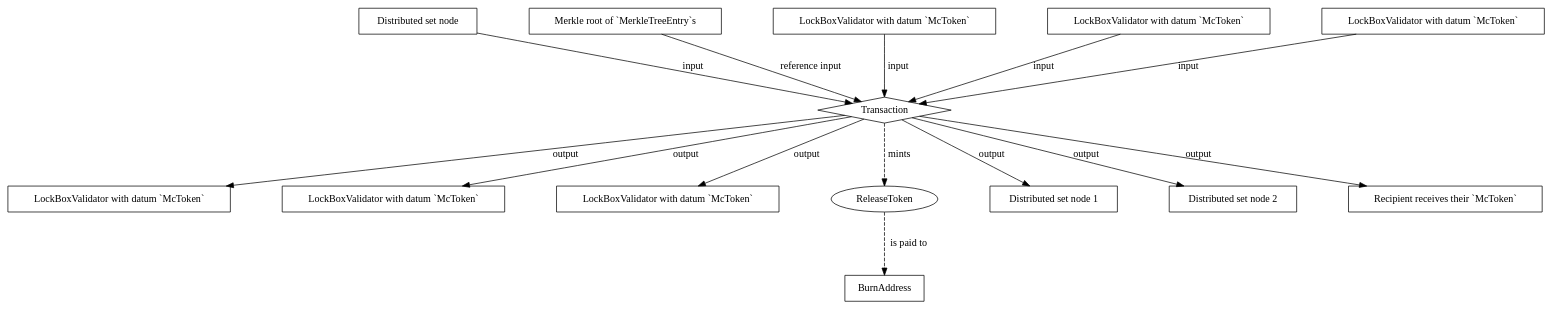
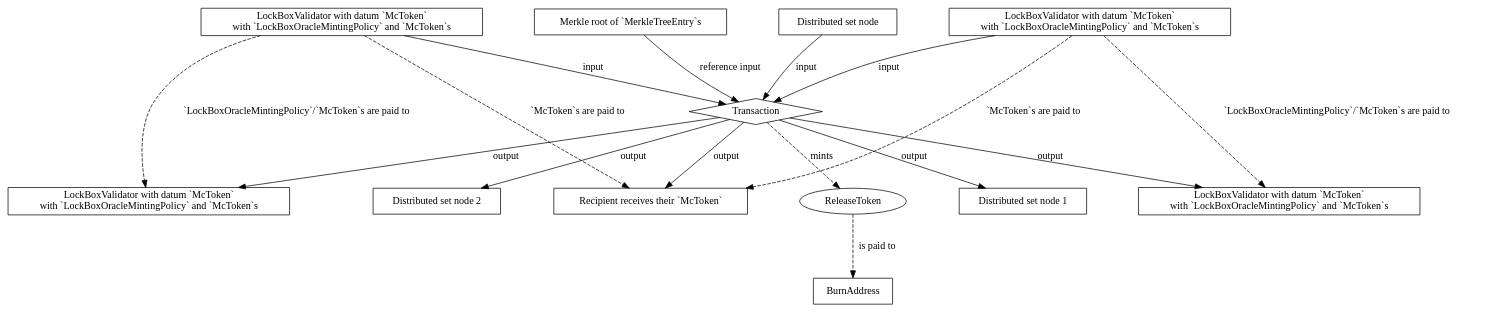
Before and after one commit to input-output-hk/partner-chains-smart-contracts: the diagram in docs/SIPs/07-ModularisingTokenHandling/McTokenSidechainToMainchain.dot, drawn with Graphviz. The commit also changed 3 other files, not shown here.

```diff
--- a/docs/SIPs/07-ModularisingTokenHandling/McTokenSidechainToMainchain.dot
+++ b/docs/SIPs/07-ModularisingTokenHandling/McTokenSidechainToMainchain.dot
@@ -1,41 +1,48 @@
 strict digraph {
   node [shape=record]
   graph [nodesep="1", ranksep="1"]
 
   DistributedSetNode [ label = "Distributed set node"];
   MerkleRoot [ label = "Merkle root of `MerkleTreeEntry`s"];
 
-  InputLockBoxValidator1 [label = "LockBoxValidator with datum `McToken`"];
-  InputLockBoxValidator2 [label = "LockBoxValidator with datum `McToken`"];
-  InputLockBoxValidator3 [label = "LockBoxValidator with datum `McToken`"];
+  InputLockBoxValidator1 [label = "LockBoxValidator with datum `McToken`\nwith `LockBoxOracleMintingPolicy` and `McToken`s" ];
+  InputLockBoxValidator2 [label = "LockBoxValidator with datum `McToken`\nwith `LockBoxOracleMintingPolicy` and `McToken`s" ] ;
 
-  OutputLockBoxValidator1 [label = "LockBoxValidator with datum `McToken`"];
-  OutputLockBoxValidator2 [label = "LockBoxValidator with datum `McToken`"];
-  OutputLockBoxValidator3 [label = "LockBoxValidator with datum `McToken`"];
+  OutputLockBoxValidator1 [label = "LockBoxValidator with datum `McToken`\nwith `LockBoxOracleMintingPolicy` and `McToken`s" ];
+  OutputLockBoxValidator2 [label = "LockBoxValidator with datum `McToken`\nwith `LockBoxOracleMintingPolicy` and `McToken`s" ];
 
   ReleaseToken [shape = ellipse ] ;
   BurnAddress ;
 
   Transaction [ shape=diamond ];
 
   DistributedSetNode1 [ label = "Distributed set node 1"];
   DistributedSetNode2 [ label = "Distributed set node 2"];
 
   Recipient [ label = "Recipient receives their `McToken`" ];
 
   MerkleRoot -> Transaction [label = "reference input"];
   DistributedSetNode -> Transaction [label = "input"];
 
   InputLockBoxValidator1 -> Transaction [label = "input"];
   InputLockBoxValidator2 -> Transaction [label = "input"];
-  InputLockBoxValidator3 -> Transaction [label = "input"];
+
+  InputLockBoxValidator1 -> OutputLockBoxValidator1
+    [ label="`LockBoxOracleMintingPolicy`/`McToken`s are paid to", style=dashed]
+  InputLockBoxValidator2 -> OutputLockBoxValidator2
+    [ label="`LockBoxOracleMintingPolicy`/`McToken`s are paid to", style=dashed]
 
   Transaction -> OutputLockBoxValidator1 [label = "output"];
   Transaction -> OutputLockBoxValidator2 [label = "output"];
-  Transaction -> OutputLockBoxValidator3 [label = "output"];
+
+  InputLockBoxValidator1 -> Recipient [label = "`McToken`s are paid to", style=dashed];
+  InputLockBoxValidator2 -> Recipient [label = "`McToken`s are paid to", style=dashed];
+
+  Transaction -> Recipient [ label = "output" ];
+
   Transaction -> DistributedSetNode1 [label = "output"];
   Transaction -> DistributedSetNode2 [label = "output"];
-  Transaction -> Recipient [ label = "output" ];
+
   Transaction -> ReleaseToken [ label = "mints", style=dashed ];
   ReleaseToken -> BurnAddress[ label = "is paid to", style=dashed ];
 }
```
